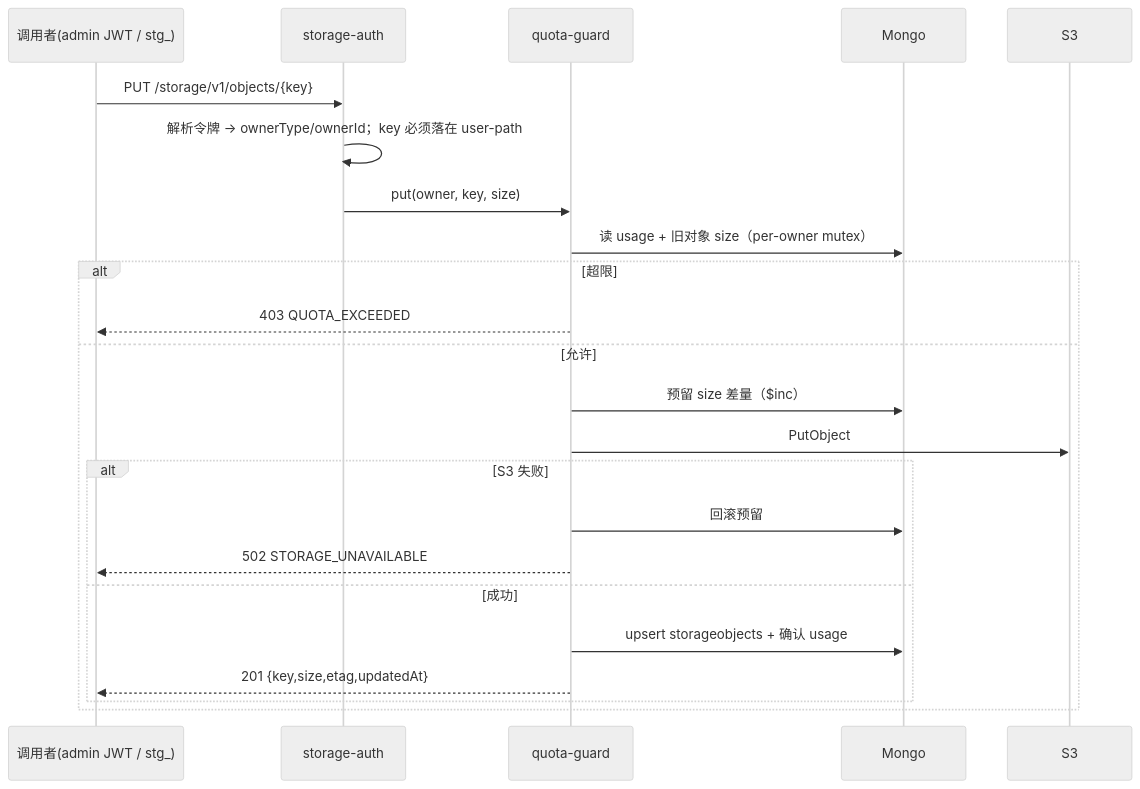
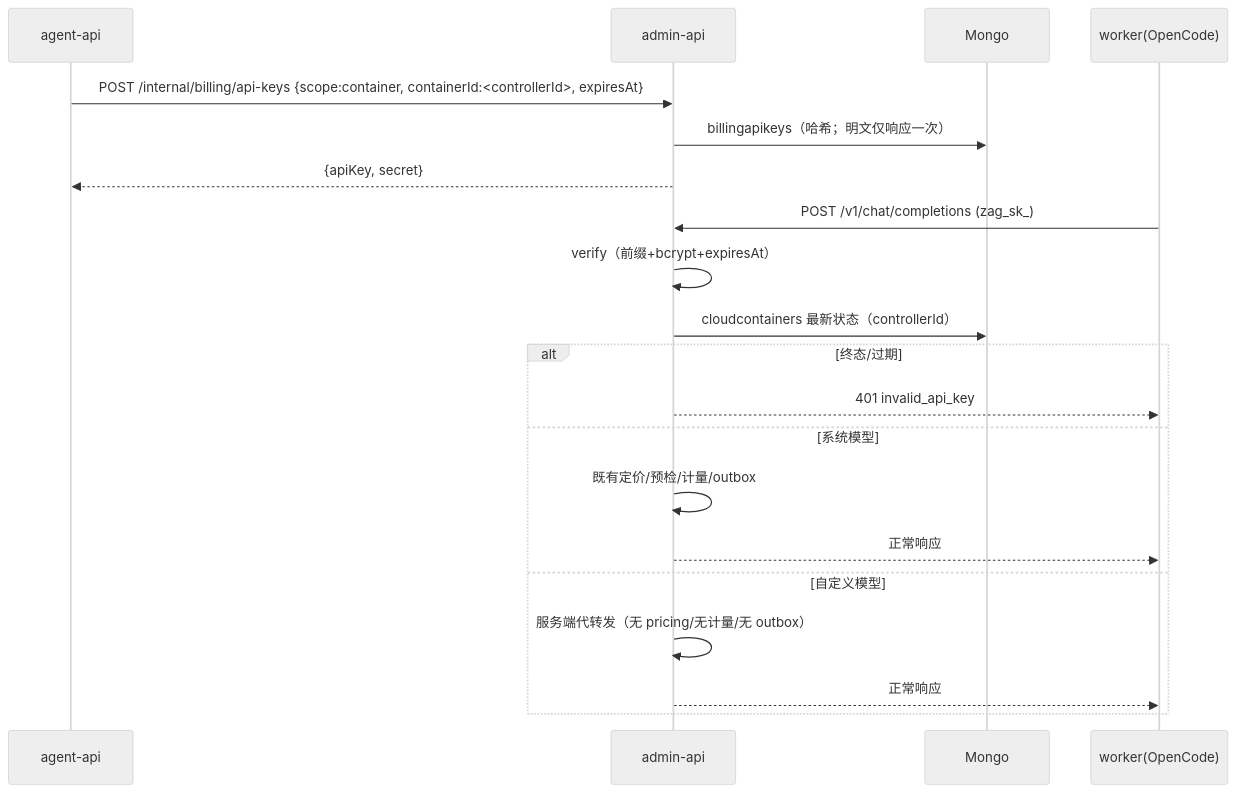
Before and after one commit to Deliay/z-agent-gear: the second of 6 diagrams in docs/engineering/plan/20261020-feat-container-harness-support.md, drawn with Mermaid (neutral theme). The commit also changed other lines of this file and 1 other file, not shown here.

````diff
--- a/docs/engineering/plan/20261020-feat-container-harness-support.md
+++ b/docs/engineering/plan/20261020-feat-container-harness-support.md
@@ -265,26 +260,23 @@
 ```mermaid
 sequenceDiagram
-    participant C as 调用者(admin JWT / stg_)
-    participant A as storage-auth
-    participant Q as quota-guard
+    participant AA as agent-api
+    participant AD as admin-api
     participant M as Mongo
-    participant S as S3
+    participant W as worker(OpenCode)
 
-    C->>A: PUT /storage/v1/objects/{key}
-    A->>A: 解析令牌 → ownerType/ownerId；key 必须落在 user-path
-    A->>Q: put(owner, key, size)
-    Q->>M: 读 usage + 旧对象 size（per-owner mutex）
-    alt 超限
-        Q-->>C: 403 QUOTA_EXCEEDED
-    else 允许
-        Q->>M: 预留 size 差量（$inc）
-        Q->>S: PutObject
-        alt S3 失败
-            Q->>M: 回滚预留
-            Q-->>C: 502 STORAGE_UNAVAILABLE
-        else 成功
-            Q->>M: upsert storageobjects + 确认 usage
-            Q-->>C: 201 {key,size,etag,updatedAt}
-        end
+    AA->>AD: POST /internal/billing/api-keys {scope:container, containerId:<controllerId>, expiresAt}
+    AD->>M: billingapikeys（哈希；明文仅响应一次）
+    AD-->>AA: {apiKey, secret}
+    W->>AD: POST /v1/chat/completions (zag_sk_)
+    AD->>AD: verify（前缀+bcrypt+expiresAt）
+    AD->>M: cloudcontainers 最新状态（controllerId）
+    alt 终态/过期
+        AD-->>W: 401 invalid_api_key
+    else 系统模型
+        AD->>AD: 既有定价/预检/计量/outbox
+        AD-->>W: 正常响应
+    else 自定义模型
+        AD->>AD: 服务端代转发（无 pricing/无计量/无 outbox）
+        AD-->>W: 正常响应
     end
 ```
````
